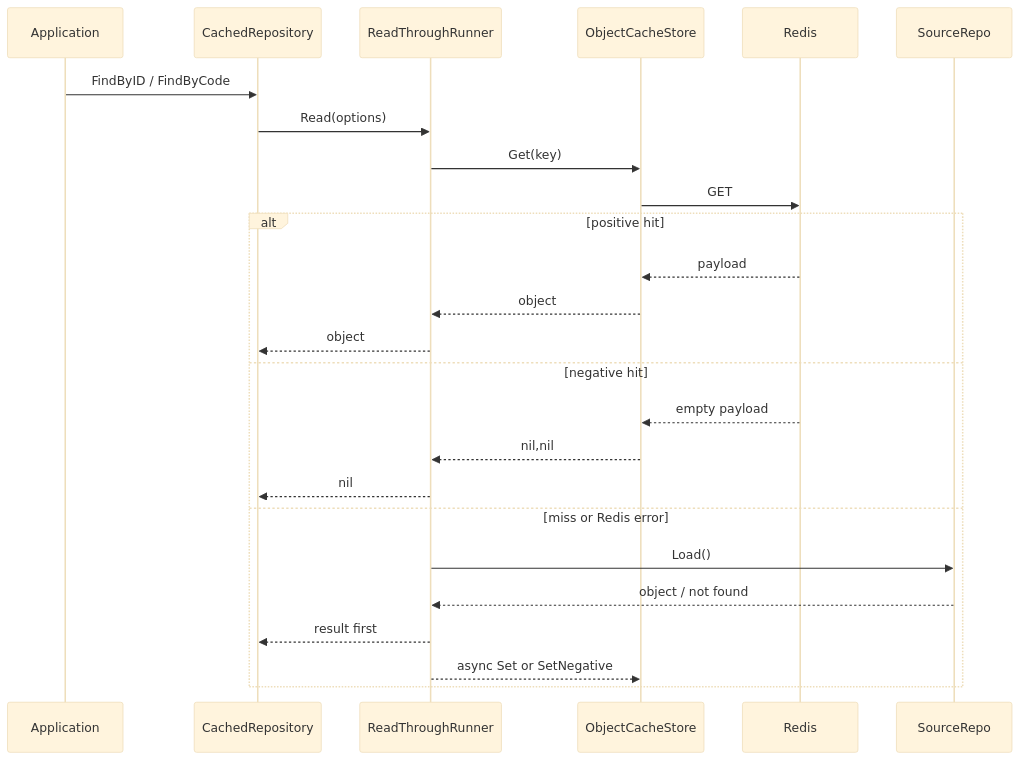
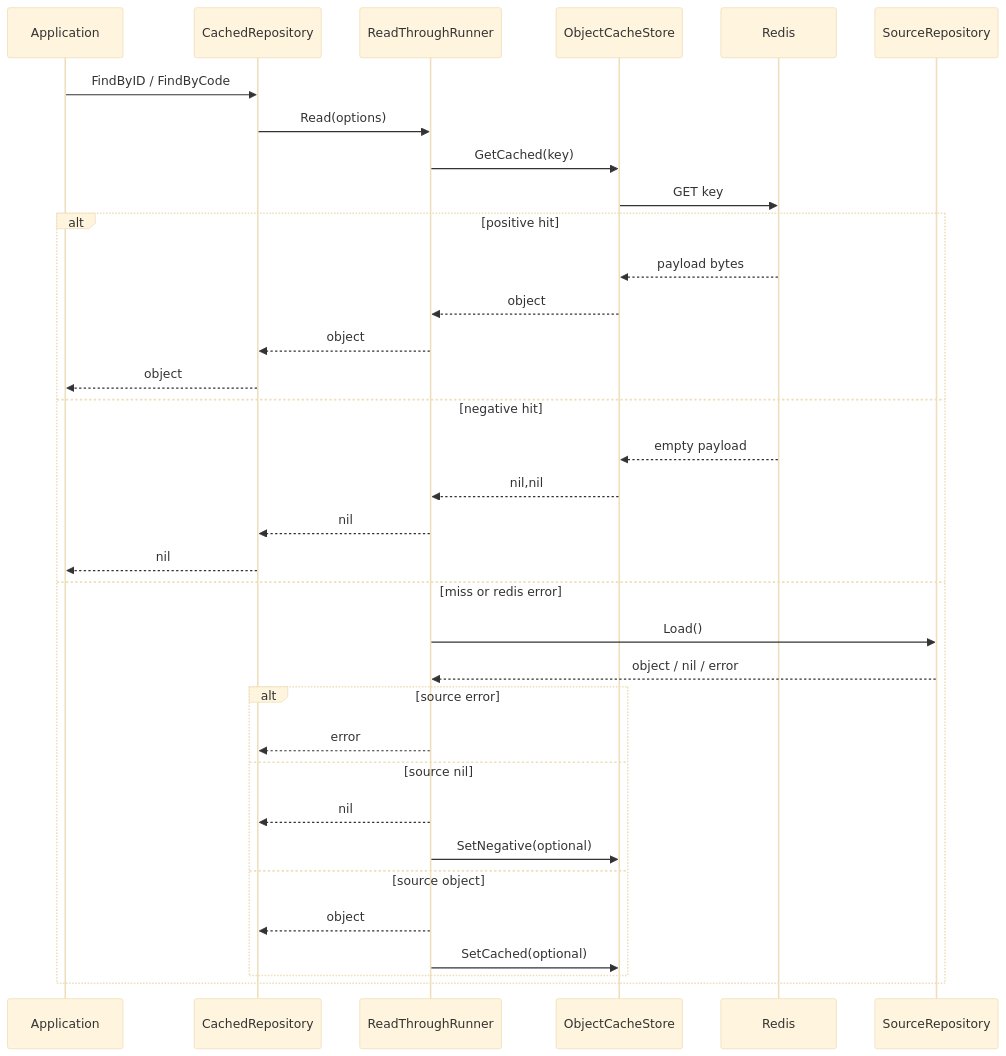
Before and after one commit to FangcunMount/qs-server: the second of 2 diagrams in docs/03-基础设施/redis/03-ObjectCache主路径.md, drawn with Mermaid (base theme). The commit also changed other lines of this file and 10 other files, not shown here.

````diff
--- a/docs/03-基础设施/redis/03-ObjectCache主路径.md
+++ b/docs/03-基础设施/redis/03-ObjectCache主路径.md
@@ -17,28 +108,37 @@
 ```mermaid
 sequenceDiagram
     participant App as Application
     participant Repo as CachedRepository
     participant RT as ReadThroughRunner
     participant Store as ObjectCacheStore
     participant Redis as Redis
-    participant DB as SourceRepo
+    participant Source as SourceRepository
 
     App->>Repo: FindByID / FindByCode
     Repo->>RT: Read(options)
-    RT->>Store: Get(key)
-    Store->>Redis: GET
+    RT->>Store: GetCached(key)
+    Store->>Redis: GET key
     alt positive hit
-        Redis-->>Store: payload
+        Redis-->>Store: payload bytes
         Store-->>RT: object
         RT-->>Repo: object
+        Repo-->>App: object
     else negative hit
         Redis-->>Store: empty payload
         Store-->>RT: nil,nil
         RT-->>Repo: nil
-    else miss or Redis error
-        RT->>DB: Load()
-        DB-->>RT: object / not found
-        RT-->>Repo: result first
-        RT-->>Store: async Set or SetNegative
+        Repo-->>App: nil
+    else miss or redis error
+        RT->>Source: Load()
+        Source-->>RT: object / nil / error
+        alt source error
+            RT-->>Repo: error
+        else source nil
+            RT-->>Repo: nil
+            RT->>Store: SetNegative(optional)
+        else source object
+            RT-->>Repo: object
+            RT->>Store: SetCached(optional)
+        end
     end
 ```
````
